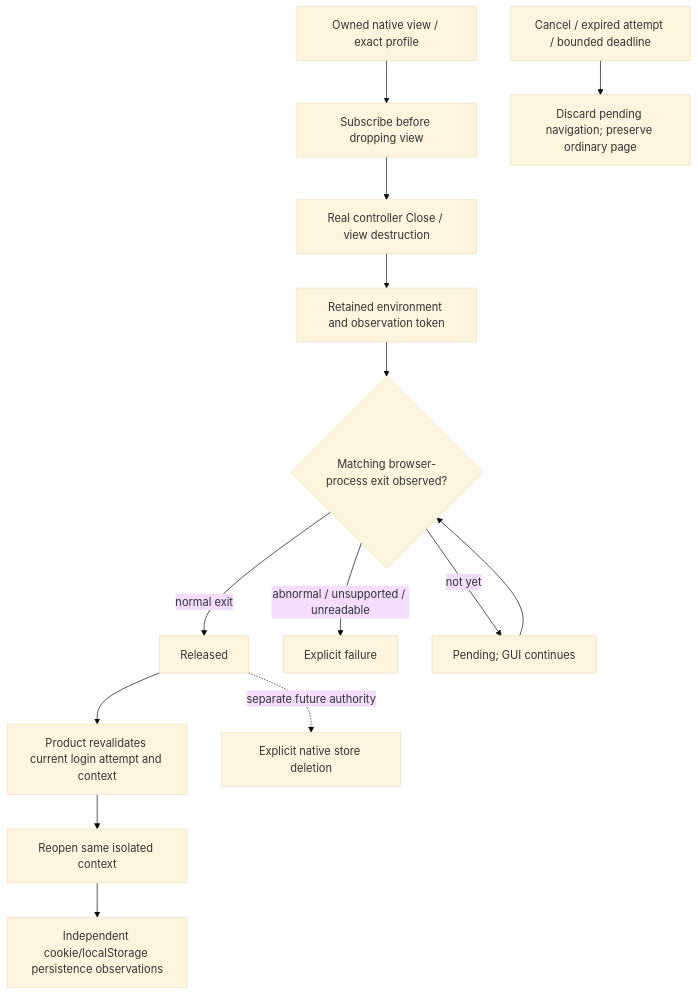
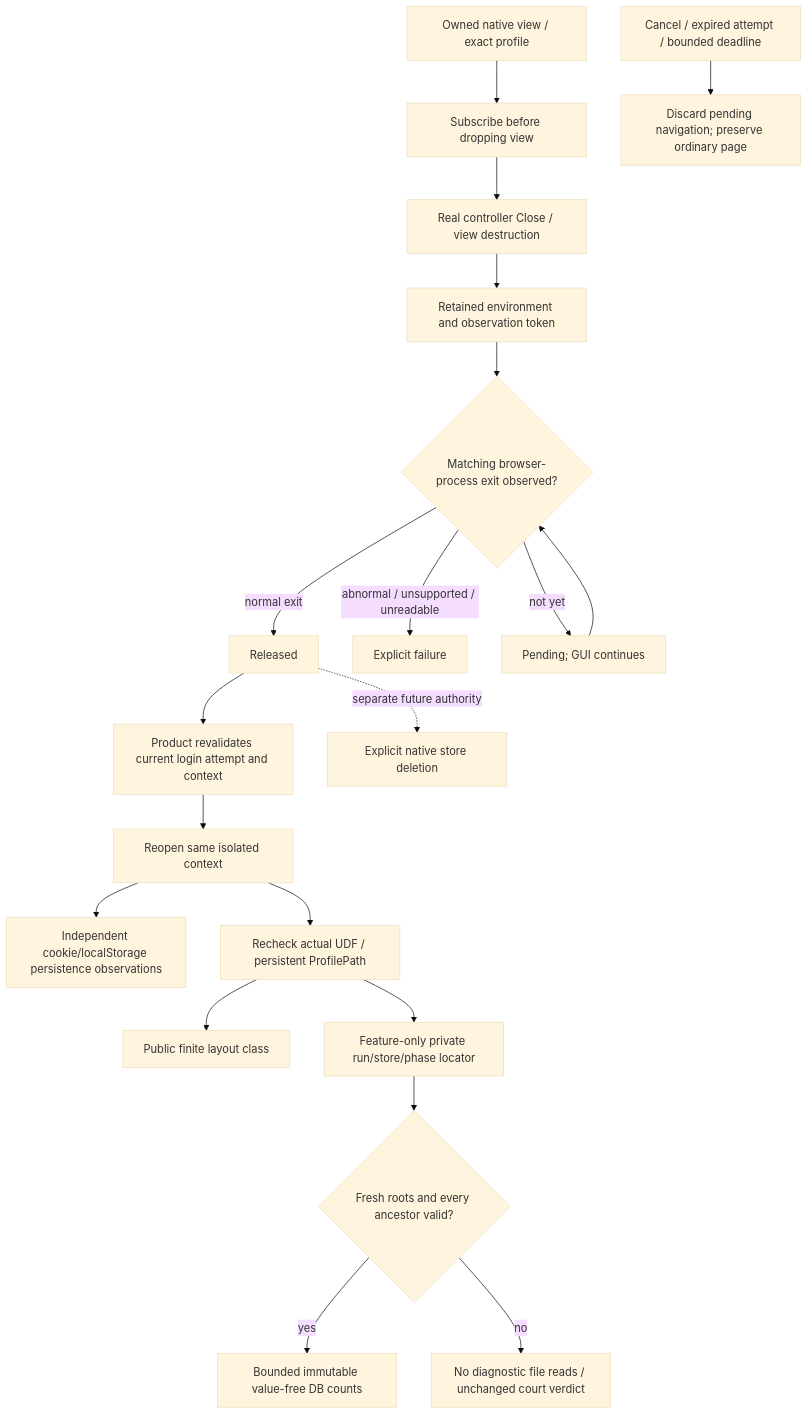
The diagram in prd/PRD_02_28_01_browser_context_lifecycle.md (partnernetsoftware/minicon), drawn with Mermaid (base theme) before and after one commit. The commit also changed other lines of this file and 34 other files, not shown here.

````diff
--- a/prd/PRD_02_28_01_browser_context_lifecycle.md
+++ b/prd/PRD_02_28_01_browser_context_lifecycle.md
@@ -43,16 +49,22 @@
 ```mermaid
 flowchart TD
     V[Owned native view / exact profile] --> SUB[Subscribe before dropping view]
     SUB --> CLOSE[Real controller Close / view destruction]
     CLOSE --> P[Retained environment and observation token]
     P --> EVENT{Matching browser-process exit observed?}
     EVENT -->|normal exit| READY[Released]
     EVENT -->|abnormal / unsupported / unreadable| FAIL[Explicit failure]
     EVENT -->|not yet| WAIT[Pending; GUI continues]
     WAIT --> EVENT
     READY --> R[Product revalidates current login attempt and context]
     R --> OPEN[Reopen same isolated context]
     OPEN --> STORE[Independent cookie/localStorage persistence observations]
+    OPEN --> SDK[Recheck actual UDF / persistent ProfilePath]
+    SDK --> FINITE[Public finite layout class]
+    SDK --> PRIVATE[Feature-only private run/store/phase locator]
+    PRIVATE --> ROOTS{Fresh roots and every ancestor valid?}
+    ROOTS -->|yes| DB[Bounded immutable value-free DB counts]
+    ROOTS -->|no| UNAVAILABLE[No diagnostic file reads / unchanged court verdict]
     CANCEL[Cancel / expired attempt / bounded deadline] --> DISCARD[Discard pending navigation; preserve ordinary page]
     READY -. separate future authority .-> DELETE[Explicit native store deletion]
 ```
````
